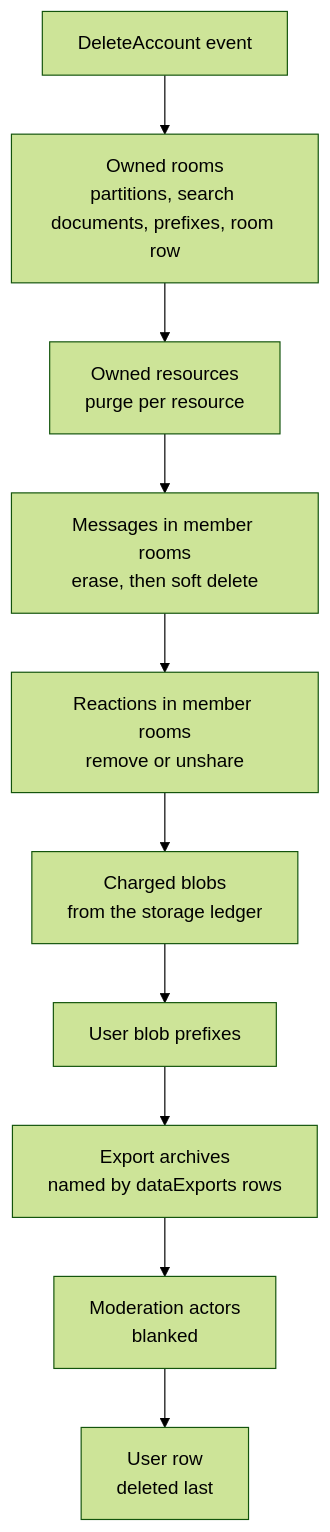
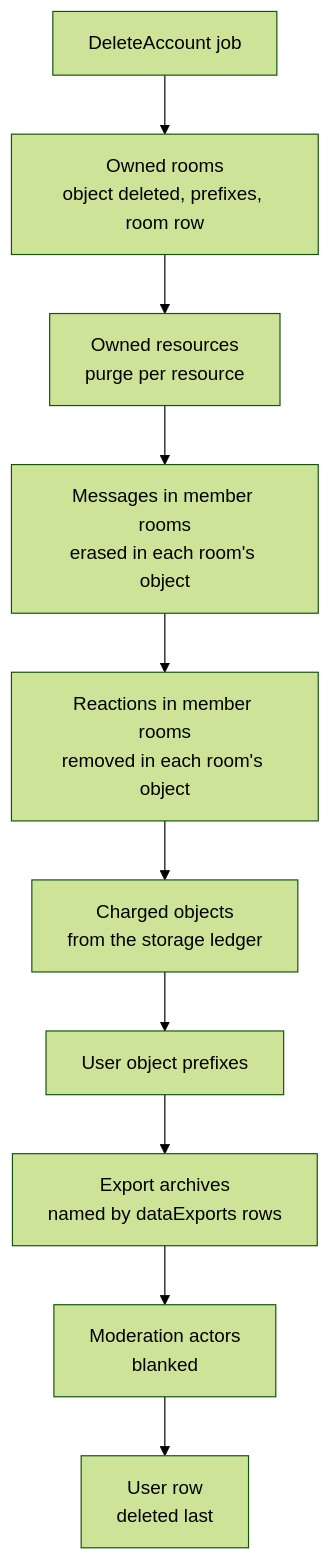
The second of 2 diagrams in openspec/specs/user/account-deletion/design.md (Esposter/Esposter), drawn with Mermaid (forest theme) before and after one commit. The commit also changed other lines of this file and 2 other files, not shown here.

Commit message:
docs(openspec): account deletion, data export and session management describe the D1 rows, the queue job, the room and user objects and R2 objects

````diff
--- a/openspec/specs/user/account-deletion/design.md
+++ b/openspec/specs/user/account-deletion/design.md
@@ -34,12 +34,12 @@
 ```mermaid
 flowchart TD
-  Event["DeleteAccount event"] --> Rooms["Owned rooms<br/>partitions, search documents, prefixes, room row"]
+  Job["DeleteAccount job"] --> Rooms["Owned rooms<br/>object deleted, prefixes, room row"]
   Rooms --> Resources["Owned resources<br/>purge per resource"]
-  Resources --> Messages["Messages in member rooms<br/>erase, then soft delete"]
-  Messages --> Reactions["Reactions in member rooms<br/>remove or unshare"]
-  Reactions --> Charged["Charged blobs<br/>from the storage ledger"]
-  Charged --> Prefixes["User blob prefixes"]
+  Resources --> Messages["Messages in member rooms<br/>erased in each room's object"]
+  Messages --> Reactions["Reactions in member rooms<br/>removed in each room's object"]
+  Reactions --> Charged["Charged objects<br/>from the storage ledger"]
+  Charged --> Prefixes["User object prefixes"]
   Prefixes --> Exports["Export archives<br/>named by dataExports rows"]
   Exports --> Actors["Moderation actors<br/>blanked"]
   Actors --> User["User row<br/>deleted last"]
 ```
````
